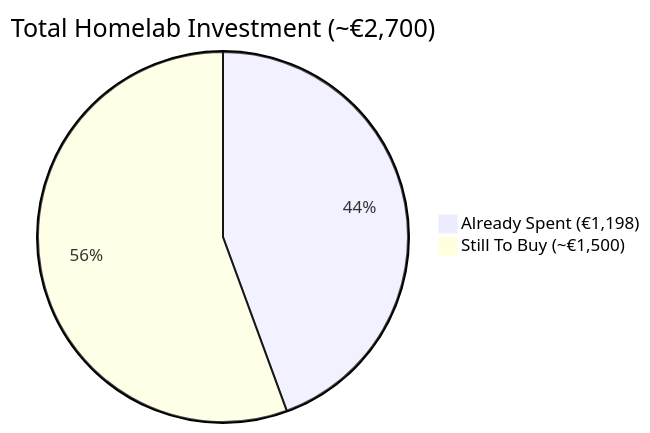
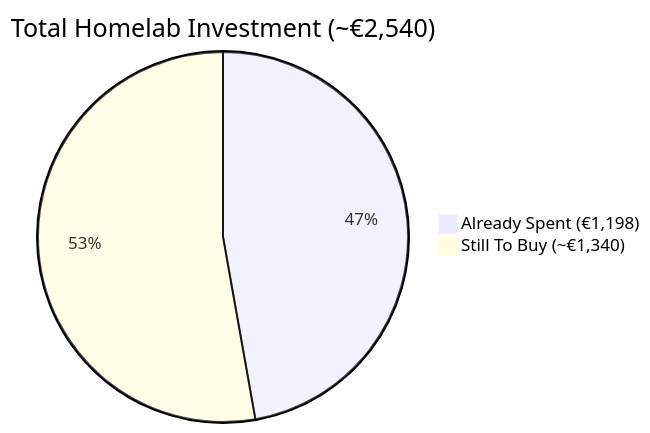
Before and after one commit to MMastro-Dev/wiki: the first of 13 diagrams in notes/charts/project-costs.md, drawn with Mermaid. The commit also changed other lines of this file and 5 other files, not shown here.

````diff
--- a/notes/charts/project-costs.md
+++ b/notes/charts/project-costs.md
@@ -14,5 +14,5 @@
 ```mermaid
-pie title Total Homelab Investment (~€2,700)
+pie title Total Homelab Investment (~€2,540)
     "Already Spent (€1,198)" : 1198
-    "Still To Buy (~€1,500)" : 1500
+    "Still To Buy (~€1,340)" : 1340
 ```
````
